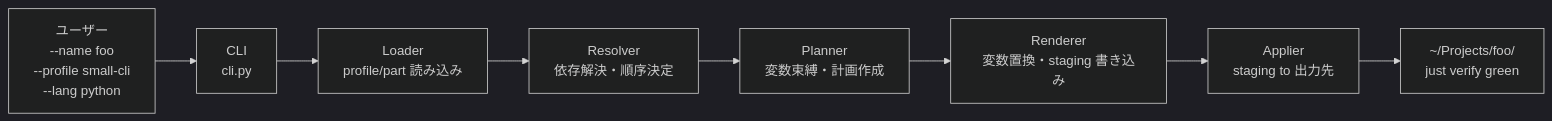
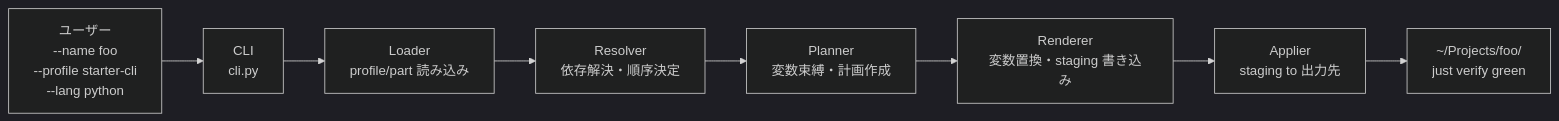
The diagram in docs/architecture/core.md (hisuilab/_template), drawn with Mermaid before and after one commit. The commit also changed 2 other files, not shown here.

Commit message:
fix(docs): update stale small-* profile names in README and architecture diagram
Role: Programmer

````diff
--- a/docs/architecture/core.md
+++ b/docs/architecture/core.md
@@ -17,14 +17,14 @@
 ```mermaid
 %%{init: {"theme": "dark"}}%%
 flowchart LR
-    User["ユーザー<br/>--name foo<br/>--profile small-cli<br/>--lang python"]
+    User["ユーザー<br/>--name foo<br/>--profile starter-cli<br/>--lang python"]
     CLI["CLI<br/>cli.py"]
     Loader["Loader<br/>profile/part 読み込み"]
     Resolver["Resolver<br/>依存解決・順序決定"]
     Planner["Planner<br/>変数束縛・計画作成"]
     Renderer["Renderer<br/>変数置換・staging 書き込み"]
     Applier["Applier<br/>staging to 出力先"]
     Output["~/Projects/foo/<br/>just verify green"]
 
     User --> CLI --> Loader --> Resolver --> Planner --> Renderer --> Applier --> Output
 ```
````
